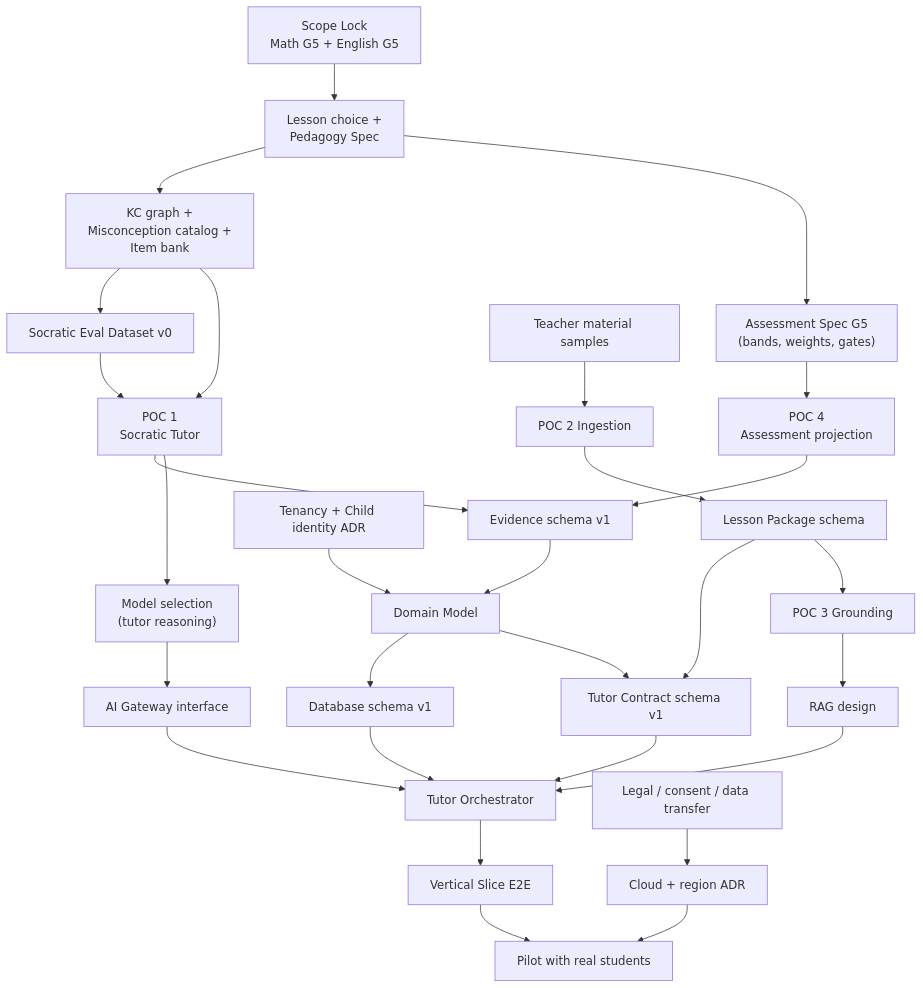
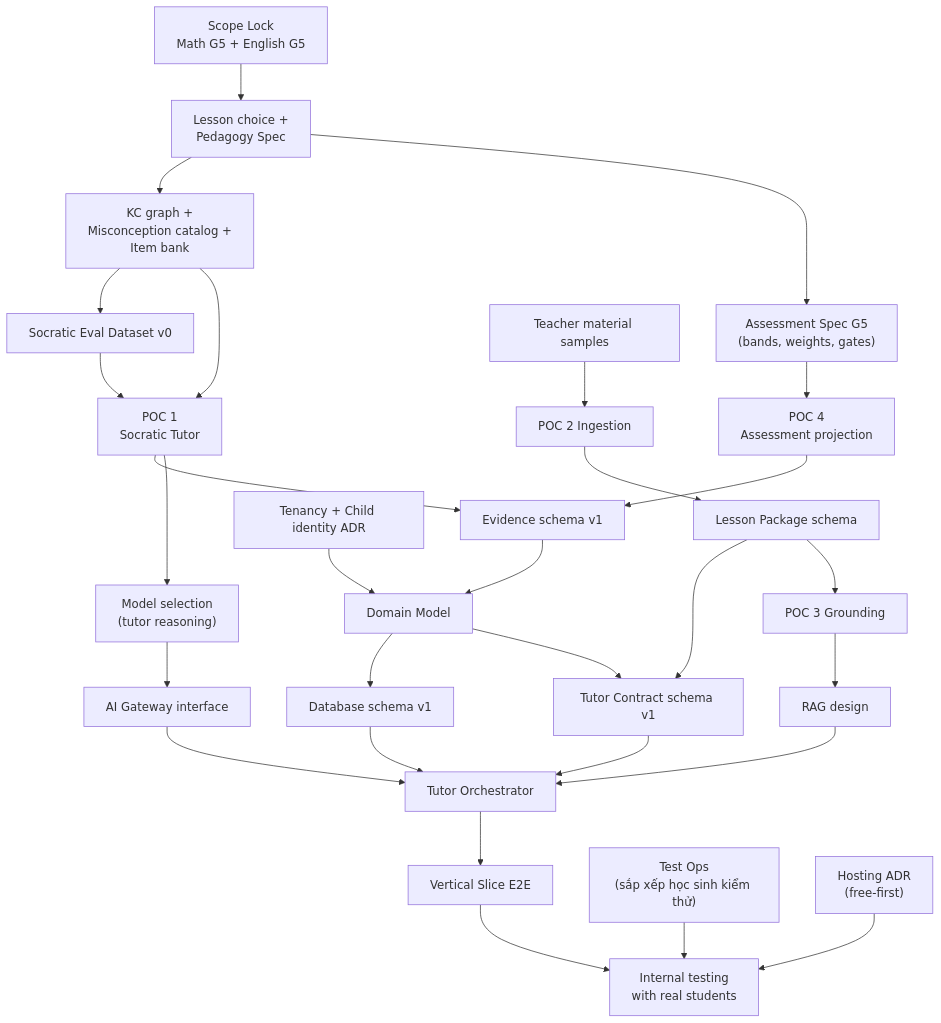
The diagram in docs/blueprint/02-strategy-dependencies-decisions.md (minhvuogdzz/EduAISupport), drawn with Mermaid before and after one commit. The commit also changed other lines of this file and 14 other files, not shown here.

First line of the commit message:
docs: revise blueprint to v0.2 for thesis context and free-first stack

````diff
--- a/docs/blueprint/02-strategy-dependencies-decisions.md
+++ b/docs/blueprint/02-strategy-dependencies-decisions.md
@@ -50,31 +50,31 @@
 ```mermaid
 flowchart TD
     P0["Scope Lock<br/>Math G5 + English G5"] --> P1["Lesson choice +<br/>Pedagogy Spec"]
     P1 --> P2["KC graph +<br/>Misconception catalog +<br/>Item bank"]
     P1 --> A1["Assessment Spec G5<br/>(bands, weights, gates)"]
     P2 --> E0["Socratic Eval Dataset v0"]
     P2 --> POC1["POC 1<br/>Socratic Tutor"]
     E0 --> POC1
     A1 --> POC4["POC 4<br/>Assessment projection"]
     POC1 --> EVS["Evidence schema v1"]
     POC4 --> EVS
     EVS --> DM["Domain Model"]
     T0["Tenancy + Child identity ADR"] --> DM
     DM --> DB["Database schema v1"]
     DM --> TC["Tutor Contract schema v1"]
     POC1 --> MS["Model selection<br/>(tutor reasoning)"]
     MS --> GW["AI Gateway interface"]
     TC --> ORC["Tutor Orchestrator"]
     GW --> ORC
     DB --> ORC
     ORC --> VS["Vertical Slice E2E"]
     TM["Teacher material samples"] --> POC2["POC 2 Ingestion"]
     POC2 --> PKG["Lesson Package schema"]
     PKG --> TC
     PKG --> POC3["POC 3 Grounding"]
     POC3 --> RAG["RAG design"]
     RAG --> ORC
-    L0["Legal / consent / data transfer"] --> CLOUD["Cloud + region ADR"]
-    CLOUD --> PILOT["Pilot with real students"]
+    L0["Test Ops<br/>(sắp xếp học sinh kiểm thử)"] --> PILOT["Internal testing<br/>with real students"]
+    CLOUD["Hosting ADR<br/>(free-first)"] --> PILOT
     VS --> PILOT
 ```
````
